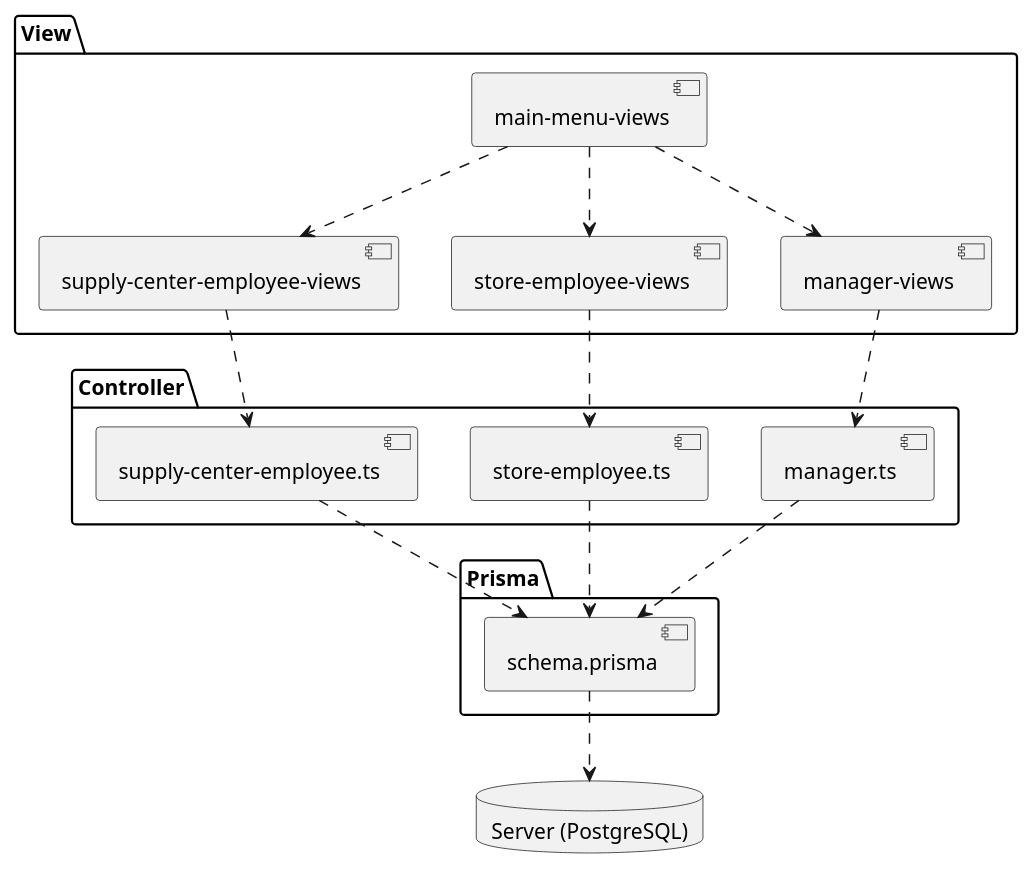
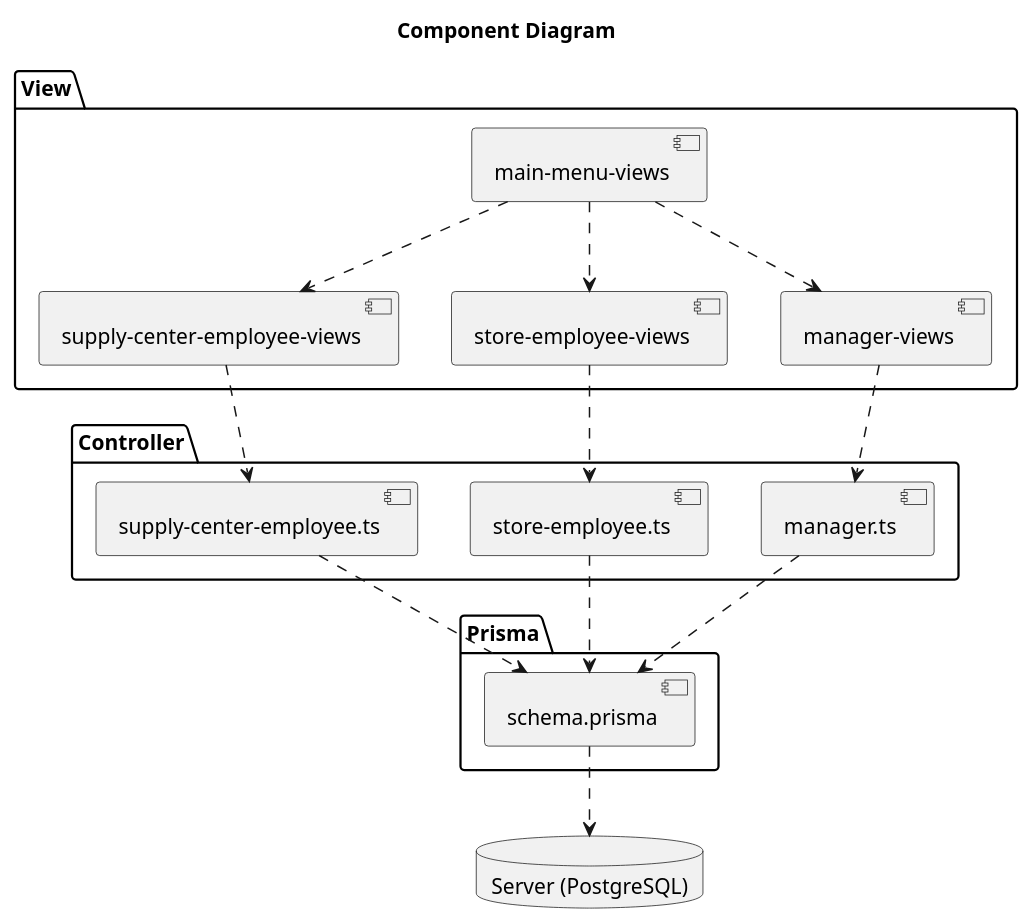
Before and after one commit to ThePhobosDeimosSuite/laboratoire-0_log430: the diagram in docs/UML/component.puml, drawn with PlantUML. The commit also changed 15 other files, not shown here.

```diff
--- a/docs/UML/component.puml
+++ b/docs/UML/component.puml
@@ -1,34 +1,34 @@
 @startuml component
-
+title Component Diagram
 package "Controller" {
     component "manager.ts" as manager
     component "store-employee.ts" as storeEmployee
     component "supply-center-employee.ts" as supplyCenterEmployee
 }
 
 package "View" {
     component "manager-views" as managerView
     component "store-employee-views" as storeEmployeeView
     component "supply-center-employee-views" as supplyCenterEmployeeView
     component "main-menu-views" as mainMenuView
 }
 
 package "Prisma" {
     component schema.prisma
 }
 
 database "Server (PostgreSQL)" as Server
 
 schema.prisma ..> Server
 
 supplyCenterEmployeeView ..> supplyCenterEmployee
 managerView ..> manager
 storeEmployeeView ..> storeEmployee
 storeEmployee ..> schema.prisma
 manager ..> schema.prisma
 supplyCenterEmployee ..> schema.prisma
 mainMenuView ..> storeEmployeeView
 mainMenuView ..> managerView
 mainMenuView ..> supplyCenterEmployeeView
 
 @enduml
```
